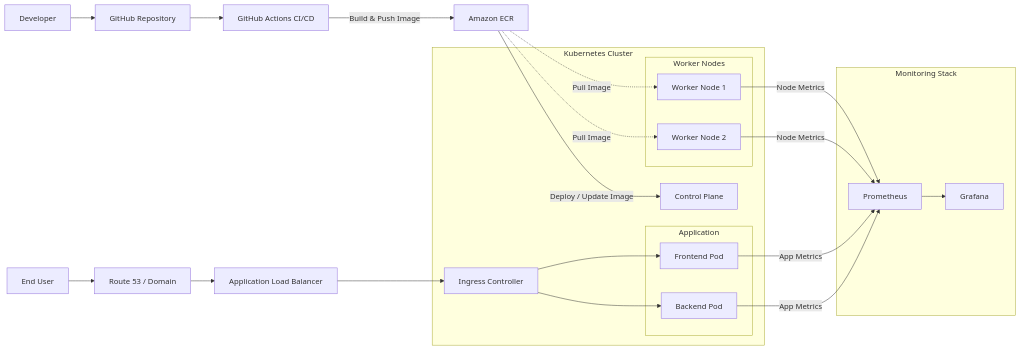
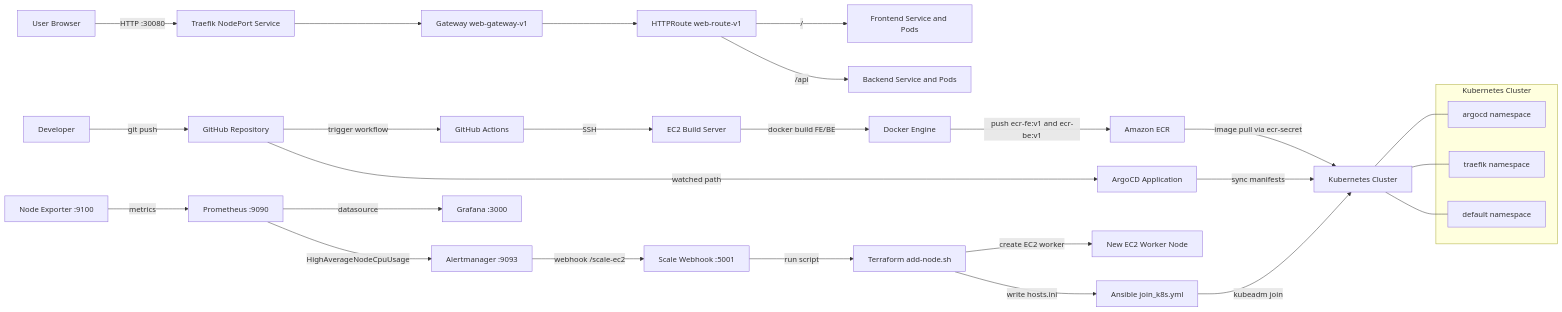
One commit to kien-devops/cicd-ecr-kube-ec2-gitaction changed the diagram in README.md. Above: the diagram before and after it, drawn with Mermaid. The commit also changed other lines of this file, not shown here.

````diff
--- a/README.md
+++ b/README.md
@@ -3,43 +19,39 @@
 ```mermaid
 flowchart LR
-    Dev[Developer] --> GitHub[GitHub Repository]
-    GitHub --> GHA[GitHub Actions CI/CD]
-    GHA -->|Build & Push Image| ECR[Amazon ECR]
+    Dev[Developer] -->|git push| GitHub[GitHub Repository]
 
-    User[End User] --> DNS[Route 53 / Domain]
-    DNS --> ALB[Application Load Balancer]
+    GitHub -->|trigger workflow| Actions[GitHub Actions]
+    Actions -->|SSH| BuildEC2[EC2 Build Server]
+    BuildEC2 -->|docker build FE/BE| Docker[Docker Engine]
+    Docker -->|push ecr-fe:v1 and ecr-be:v1| ECR[Amazon ECR]
 
-    subgraph K8s[Kubernetes Cluster]
-        CP[Control Plane]
-        Ingress[Ingress Controller]
+    GitHub -->|watched path| ArgoCD[ArgoCD Application]
+    ArgoCD -->|sync manifests| K8s[Kubernetes Cluster]
 
-        subgraph Workers[Worker Nodes]
-            W1[Worker Node 1]
-            W2[Worker Node 2]
-        end
+    ECR -->|image pull via ecr-secret| K8s
 
-        subgraph App[Application]
-            FE[Frontend Pod]
-            BE[Backend Pod]
-        end
+    User[User Browser] -->|HTTP :30080| TraefikSvc[Traefik NodePort Service]
+    TraefikSvc --> Gateway[Gateway web-gateway-v1]
+    Gateway --> Route[HTTPRoute web-route-v1]
+    Route -->|/| FE[Frontend Service and Pods]
+    Route -->|/api| BE[Backend Service and Pods]
+
+    NodeExporter[Node Exporter :9100] -->|metrics| Prometheus[Prometheus :9090]
+    Prometheus -->|datasource| Grafana[Grafana :3000]
+    Prometheus -->|HighAverageNodeCpuUsage| Alertmanager[Alertmanager :9093]
+    Alertmanager -->|webhook /scale-ec2| ScaleWebhook[Scale Webhook :5001]
+    ScaleWebhook -->|run script| Terraform[Terraform add-node.sh]
+    Terraform -->|create EC2 worker| NewWorker[New EC2 Worker Node]
+    Terraform -->|write hosts.ini| Ansible[Ansible join_k8s.yml]
+    Ansible -->|kubeadm join| K8s
+
+    subgraph Cluster[Kubernetes Cluster]
+        ArgoNS[argocd namespace]
+        TraefikNS[traefik namespace]
+        DefaultNS[default namespace]
     end
 
-    subgraph Monitoring[Monitoring Stack]
-        Prom[Prometheus]
-        Graf[Grafana]
-    end
-
-    ECR -->|Deploy / Update Image| CP
-    ECR -. Pull Image .-> W1
-    ECR -. Pull Image .-> W2
-
-    ALB --> Ingress
-    Ingress --> FE
-    Ingress --> BE
-
-    W1 -->|Node Metrics| Prom
-    W2 -->|Node Metrics| Prom
-    FE -->|App Metrics| Prom
-    BE -->|App Metrics| Prom
-    Prom --> Graf
+    K8s --- ArgoNS
+    K8s --- TraefikNS
+    K8s --- DefaultNS
 ```
````
